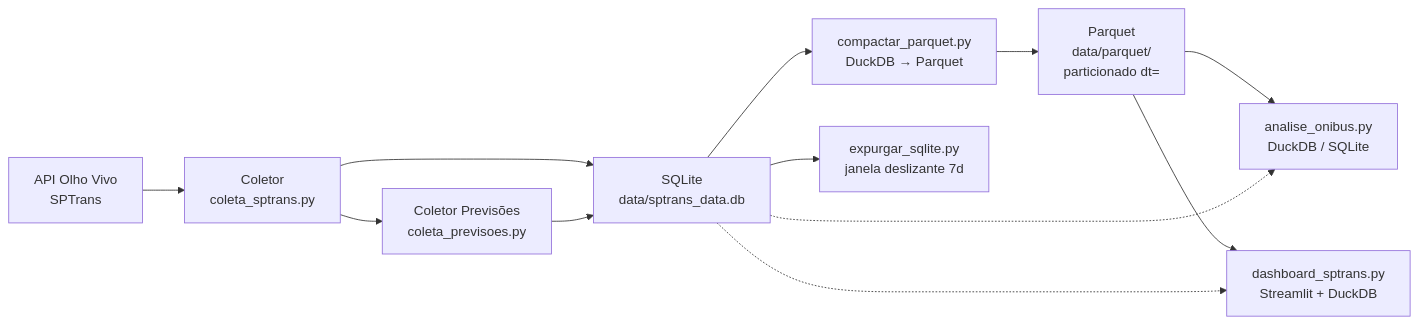
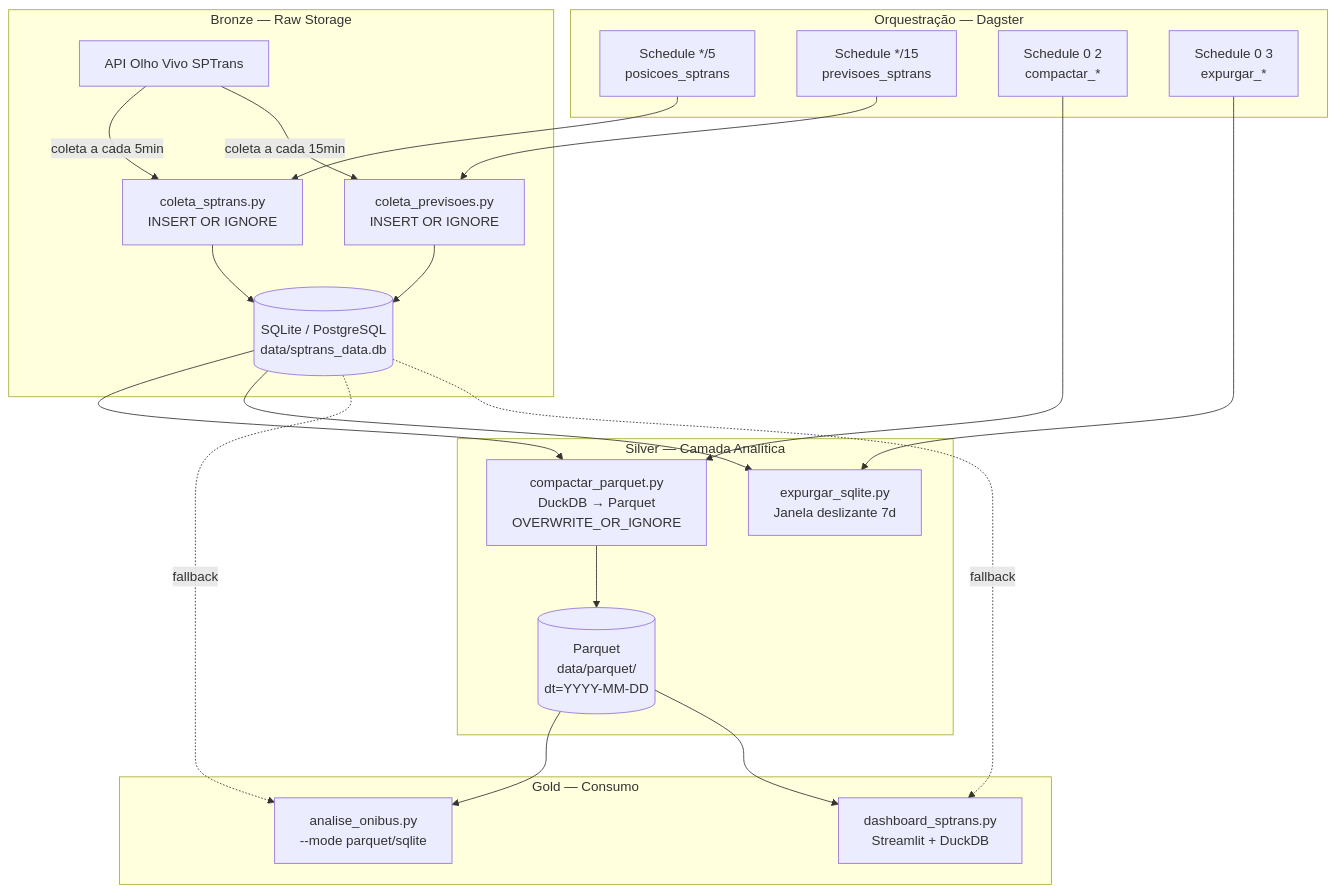
The diagram in README.md (Roberton003/projeto_sptrans), drawn with Mermaid before and after one commit. The commit also changed other lines of this file, not shown here.

````diff
--- a/README.md
+++ b/README.md
@@ -78,18 +131,42 @@
 ```mermaid
-flowchart LR
-    API[API Olho Vivo<br/>SPTrans] --> COLETA[Coletor<br/>coleta_sptrans.py]
+flowchart TB
+    subgraph BRONZE["Bronze — Raw Storage"]
+        API[API Olho Vivo SPTrans]
+        POS_COL[coleta_sptrans.py<br/>INSERT OR IGNORE]
+        PREV_COL[coleta_previsoes.py<br/>INSERT OR IGNORE]
+        SQLITE[(SQLite / PostgreSQL<br/>data/sptrans_data.db)]
+        API -->|"coleta a cada 5min"| POS_COL
+        API -->|"coleta a cada 15min"| PREV_COL
+        POS_COL --> SQLITE
+        PREV_COL --> SQLITE
+    end
 
-    COLETA --> SQLITE[SQLite<br/>data/sptrans_data.db]
-    COLETA --> PREVISAO[Coletor Previsões<br/>coleta_previsoes.py]
-    PREVISAO --> SQLITE
+    subgraph SILVER["Silver — Camada Analítica"]
+        COMPACTA[compactar_parquet.py<br/>DuckDB → Parquet<br/>OVERWRITE_OR_IGNORE]
+        EXPURGO[expurgar_sqlite.py<br/>Janela deslizante 7d]
+        PARQUET[(Parquet<br/>data/parquet/<br/>dt=YYYY-MM-DD)]
+        SQLITE --> COMPACTA
+        SQLITE --> EXPURGO
+        COMPACTA --> PARQUET
+    end
 
-    SQLITE --> COMPACTA[compactar_parquet.py<br/>DuckDB → Parquet]
-    COMPACTA --> PARQUET[Parquet<br/>data/parquet/<br/>particionado dt=]
+    subgraph GOLD["Gold — Consumo"]
+        ANALISE[analise_onibus.py<br/>--mode parquet/sqlite]
+        DASHBOARD[dashboard_sptrans.py<br/>Streamlit + DuckDB]
+        PARQUET --> ANALISE
+        PARQUET --> DASHBOARD
+        SQLITE -.->|fallback| ANALISE
+        SQLITE -.->|fallback| DASHBOARD
+    end
 
-    PARQUET --> ANALISE[analise_onibus.py<br/>DuckDB / SQLite]
-    PARQUET --> DASHBOARD[dashboard_sptrans.py<br/>Streamlit + DuckDB]
-
-    SQLITE --> EXPURGO[expurgar_sqlite.py<br/>janela deslizante 7d]
-    SQLITE -.-> ANALISE
-    SQLITE -.-> DASHBOARD
+    subgraph ORQUESTRAÇÃO["Orquestração — Dagster"]
+        S1[Schedule */5<br/>posicoes_sptrans]
+        S2[Schedule */15<br/>previsoes_sptrans]
+        S3[Schedule 0 2<br/>compactar_*]
+        S4[Schedule 0 3<br/>expurgar_*]
+        S1 --> POS_COL
+        S2 --> PREV_COL
+        S3 --> COMPACTA
+        S4 --> EXPURGO
+    end
 ```
````
